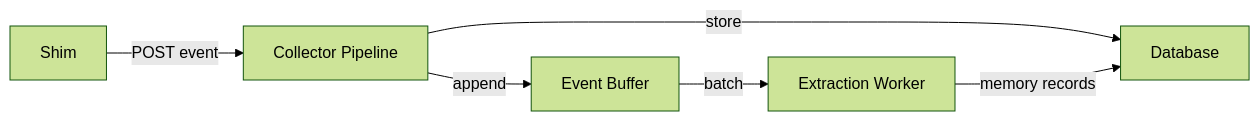
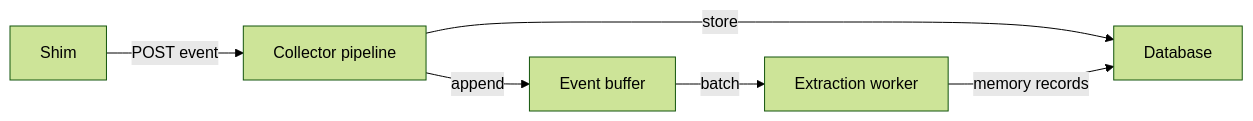
One commit to brendangeck/kiro-learn changed the first of 2 diagrams in docs/concepts/event-buffer.mdx. Above: the diagram before and after it, drawn with Mermaid (forest theme). The commit also changed other lines of this file and 46 other files, not shown here.

````diff
--- a/docs/concepts/event-buffer.mdx
+++ b/docs/concepts/event-buffer.mdx
@@ -12,8 +12,8 @@
 ```mermaid
 flowchart LR
-    A[Shim] -->|POST event| B[Collector Pipeline]
+    A[Shim] -->|POST event| B[Collector pipeline]
     B -->|store| C[Database]
-    B -->|append| D[Event Buffer]
-    D -->|batch| E[Extraction Worker]
+    B -->|append| D[Event buffer]
+    D -->|batch| E[Extraction worker]
     E -->|memory records| C
 ```
````
